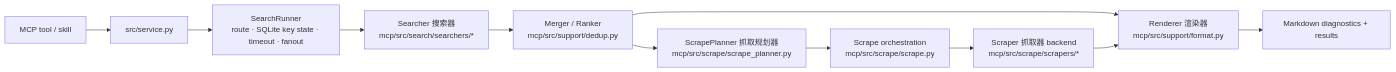
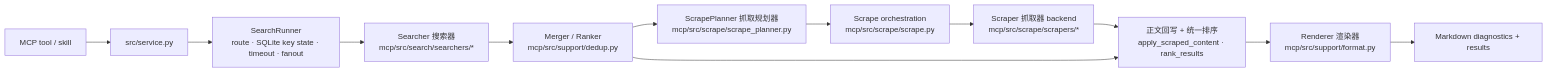
One commit to inorilzy/multi-search-skill changed the diagram in README.md. Above: the diagram before and after it, drawn with Mermaid. The commit also changed other lines of this file and 73 other files, not shown here.

````diff
--- a/README.md
+++ b/README.md
@@ -162,13 +155,14 @@
 ```mermaid
 flowchart LR
     Q[MCP tool / skill] --> SVC[src/service.py]
     SVC --> SR[SearchRunner<br/>route · SQLite key state · timeout · fanout]
     SR --> S[Searcher 搜索器<br/>mcp/src/search/searchers/*]
     S --> M[Merger / Ranker<br/>mcp/src/support/dedup.py]
     M --> SP[ScrapePlanner 抓取规划器<br/>mcp/src/scrape/scrape_planner.py]
     SP --> SO[Scrape orchestration<br/>mcp/src/scrape/scrape.py]
     SO --> B[Scraper 抓取器 backend<br/>mcp/src/scrape/scrapers/*]
-    M --> R[Renderer 渲染器<br/>mcp/src/support/format.py]
-    B --> R
+    B --> WB[正文回写 + 统一排序<br/>apply_scraped_content · rank_results]
+    M --> WB
+    WB --> R[Renderer 渲染器<br/>mcp/src/support/format.py]
     R --> O[Markdown diagnostics + results]
 ```
````
